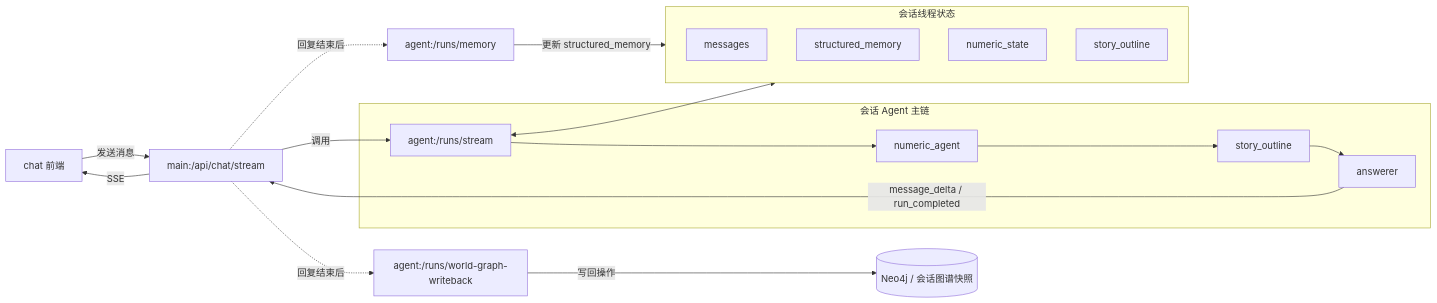
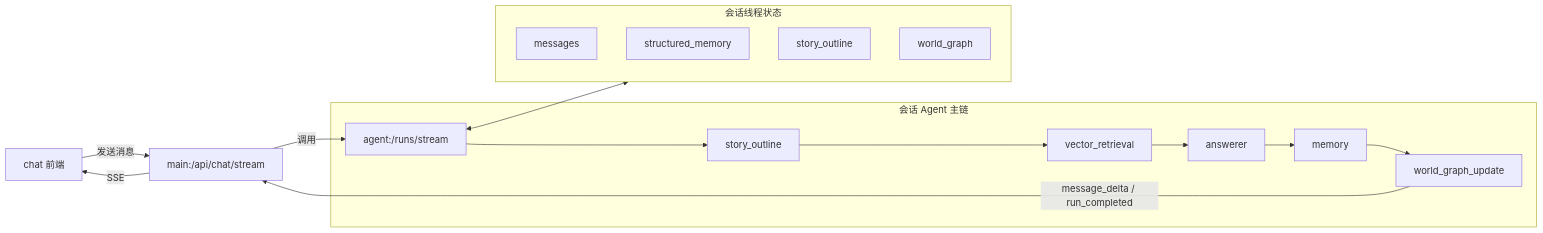
One commit to zrbyhelp/MyAiChat changed the second of 2 diagrams in README.md. Above: the diagram before and after it, drawn with Mermaid. The commit also changed other lines of this file and 6 other files, not shown here.

Commit message:
Unify world graph update flow and refresh docs

````diff
--- a/README.md
+++ b/README.md
@@ -95,26 +97,24 @@
 ```mermaid
 flowchart LR
   A[chat 前端] -->|发送消息| B[main:/api/chat/stream]
   B -->|调用| C[agent:/runs/stream]
 
   subgraph S[会话 Agent 主链]
-    C --> D[numeric_agent]
-    D --> E[story_outline]
+    C --> D[story_outline]
+    D --> E[vector_retrieval]
     E --> F[answerer]
+    F --> G[memory]
+    G --> H[world_graph_update]
   end
 
   subgraph T[会话线程状态]
     T1[messages]
     T2[structured_memory]
-    T3[numeric_state]
-    T4[story_outline]
+    T3[story_outline]
+    T4[world_graph]
   end
 
   C <--> T
-  F -->|message_delta / run_completed| B
+  H -->|message_delta / run_completed| B
   B -->|SSE| A
-  B -. 回复结束后 .-> G[agent:/runs/memory]
-  G -->|更新 structured_memory| T
-  B -. 回复结束后 .-> H[agent:/runs/world-graph-writeback]
-  H -->|写回操作| I[(Neo4j / 会话图谱快照)]
 ```
````
